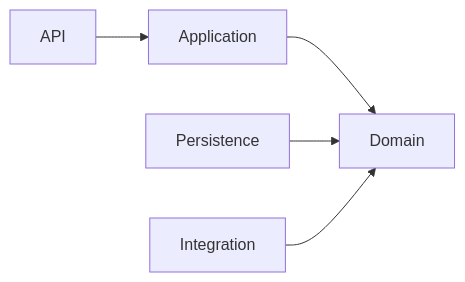
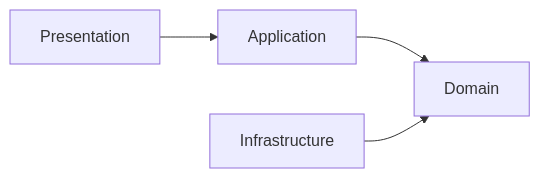
Before and after one commit to kimukenyuu/asobou-api: the diagram in README.md, drawn with Mermaid. The commit also changed other lines of this file and 8 other files, not shown here.

````diff
--- a/README.md
+++ b/README.md
@@ -80,7 +85,6 @@
 ```mermaid
 flowchart LR
-    API["API"] --> APPLICATION["Application"]
+    PRESENTATION["Presentation"] --> APPLICATION["Application"]
     APPLICATION --> DOMAIN["Domain"]
-    PERSISTENCE["Persistence"] --> DOMAIN
-    INTEGRATION["Integration"] --> DOMAIN
+    INFRASTRUCTURE["Infrastructure"] --> DOMAIN
 ```
````
